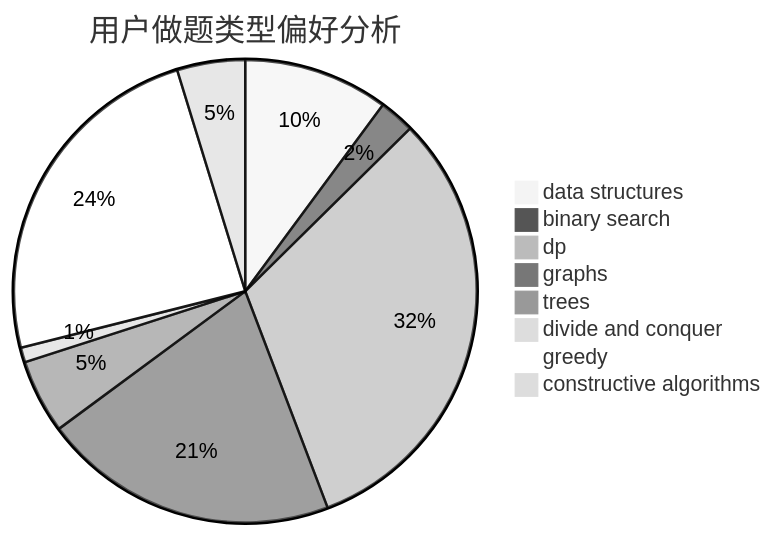
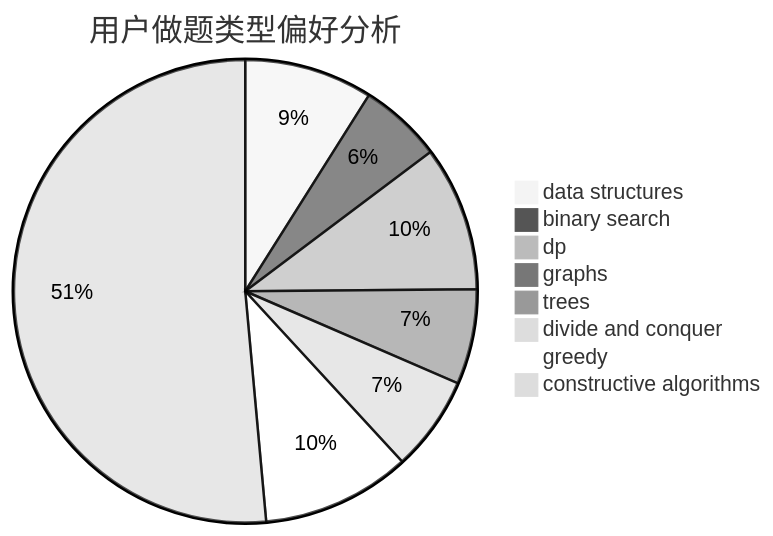
The second of 3 diagrams in docs/user/u1618.md (sherpahu/cfrs.github.io), drawn with Mermaid (neutral theme) before and after one commit. The commit also changed other lines of this file and 2770 other files, not shown here.

````diff
--- a/docs/user/u1618.md
+++ b/docs/user/u1618.md
@@ -23,11 +23,11 @@
 ```mermaid
 pie title 用户做题类型偏好分析
-    "data structures" :  49
-    "binary search" :  12
-    "dp" :  153
-    "graphs" :  100
-    "trees" :  25
-    "divide and conquer" :  5
-    "greedy" :  117
-    "constructive algorithms" :  23
+    "data structures" :  31
+    "binary search" :  20
+    "dp" :  35
+    "graphs" :  0
+    "trees" :  23
+    "divide and conquer" :  23
+    "greedy" :  36
+    "constructive algorithms" :  178
 ```
````
